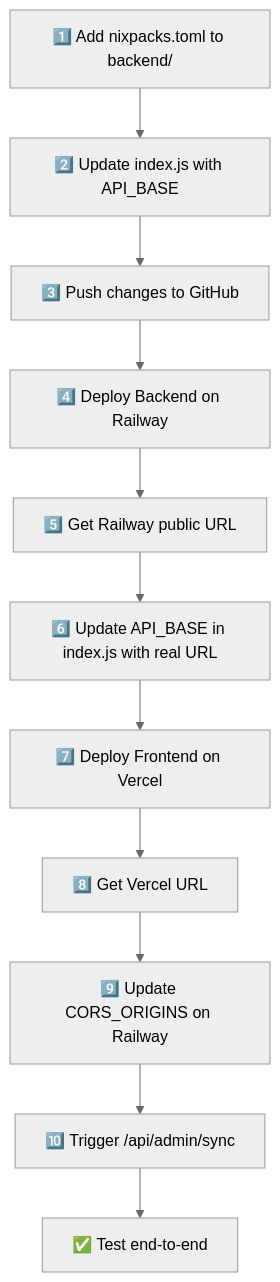
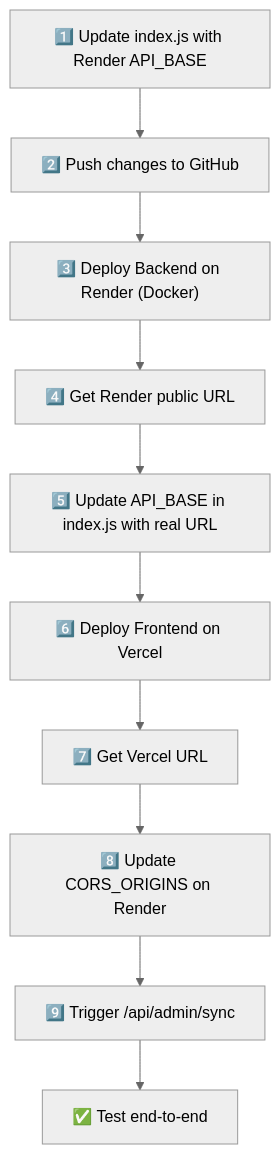
The second of 2 diagrams in Docs/deployment-plan.md (yv12/HDFC-Mutual-Fund-FAQ--Groww), drawn with Mermaid (neutral theme) before and after one commit. The commit also changed other lines of this file and 4 other files, not shown here.

Commit message:
chore: migrate deployment configuration and docs from Railway to Render

````diff
--- a/Docs/deployment-plan.md
+++ b/Docs/deployment-plan.md
@@ -296,13 +244,12 @@
 ```mermaid
 flowchart TD
-    A["1️⃣ Add nixpacks.toml to backend/"] --> B["2️⃣ Update index.js with API_BASE"]
-    B --> C["3️⃣ Push changes to GitHub"]
-    C --> D["4️⃣ Deploy Backend on Railway"]
-    D --> E["5️⃣ Get Railway public URL"]
-    E --> F["6️⃣ Update API_BASE in index.js with real URL"]
-    F --> G["7️⃣ Deploy Frontend on Vercel"]
-    G --> H["8️⃣ Get Vercel URL"]
-    H --> I["9️⃣ Update CORS_ORIGINS on Railway"]
-    I --> J["🔟 Trigger /api/admin/sync"]
-    J --> K["✅ Test end-to-end"]
+    A["1️⃣ Update index.js with Render API_BASE"] --> B["2️⃣ Push changes to GitHub"]
+    B --> C["3️⃣ Deploy Backend on Render (Docker)"]
+    C --> D["4️⃣ Get Render public URL"]
+    D --> E["5️⃣ Update API_BASE in index.js with real URL"]
+    E --> F["6️⃣ Deploy Frontend on Vercel"]
+    F --> G["7️⃣ Get Vercel URL"]
+    G --> H["8️⃣ Update CORS_ORIGINS on Render"]
+    H --> I["9️⃣ Trigger /api/admin/sync"]
+    I --> J["✅ Test end-to-end"]
 ```
````
